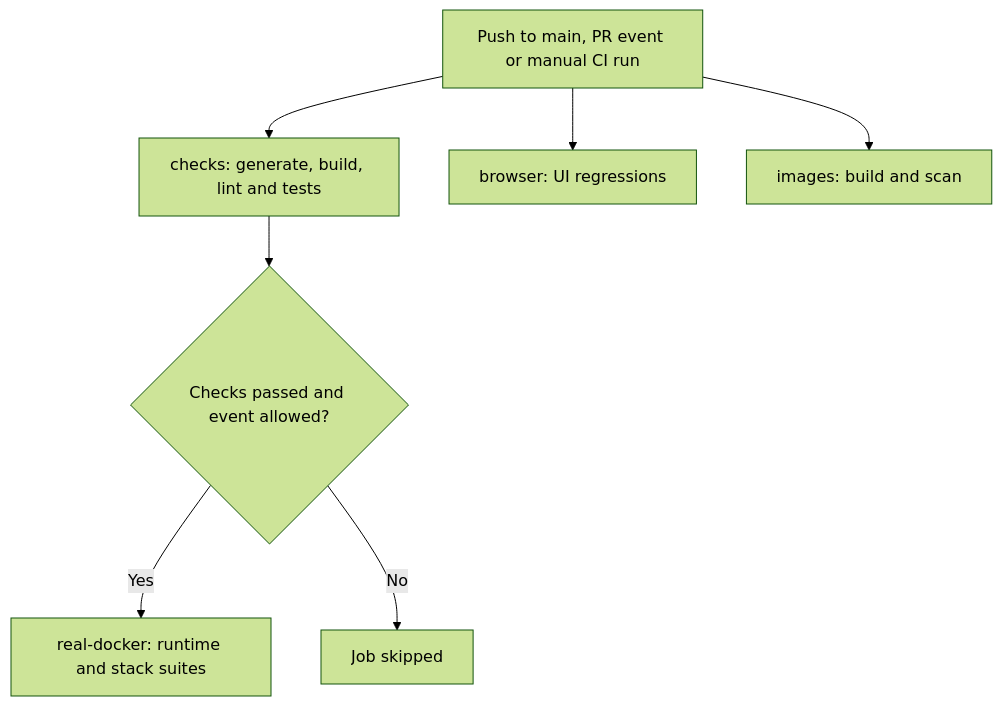
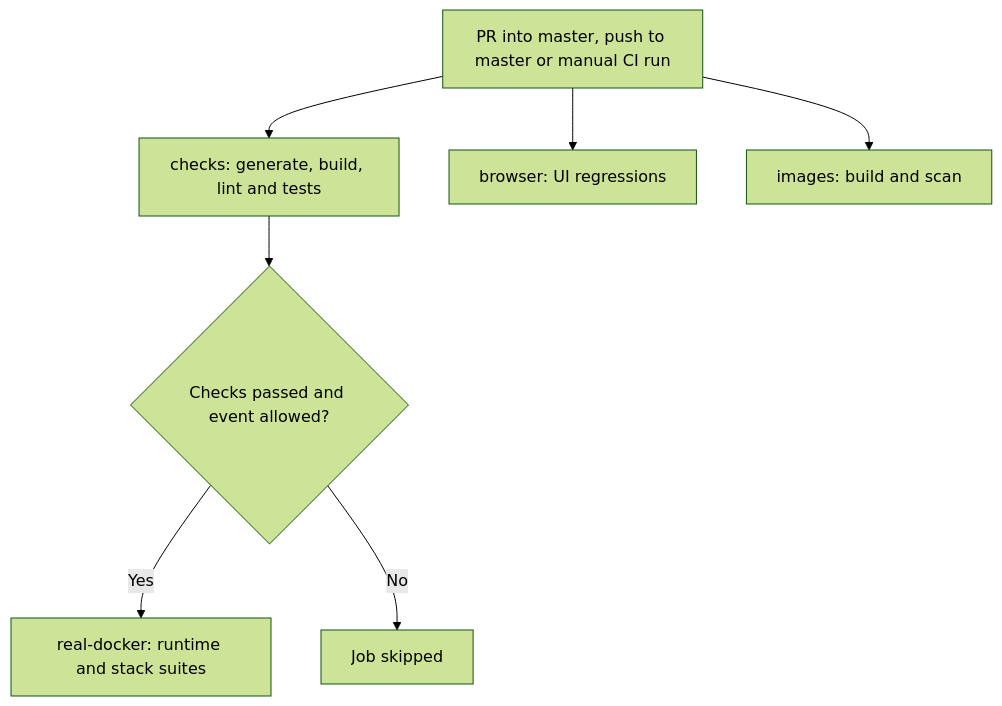
One commit to ajaykathwate/Previa changed the diagram in technical-docs/ci-in-action.md. Above: the diagram before and after it, drawn with Mermaid (forest theme). The commit also changed other lines of this file and 6 other files, not shown here.

````diff
--- a/technical-docs/ci-in-action.md
+++ b/technical-docs/ci-in-action.md
@@ -50,9 +50,9 @@
 ```mermaid
 flowchart TD
-    Event["Push to main, PR event or manual CI run"] --> Checks["checks: generate, build, lint and tests"]
+    Event["PR into master, push to master or manual CI run"] --> Checks["checks: generate, build, lint and tests"]
     Event --> Browser["browser: UI regressions"]
     Event --> Images["images: build and scan"]
     Checks --> Gate{"Checks passed and event allowed?"}
     Gate -->|Yes| Docker["real-docker: runtime and stack suites"]
     Gate -->|No| Skip["Job skipped"]
 ```
````
